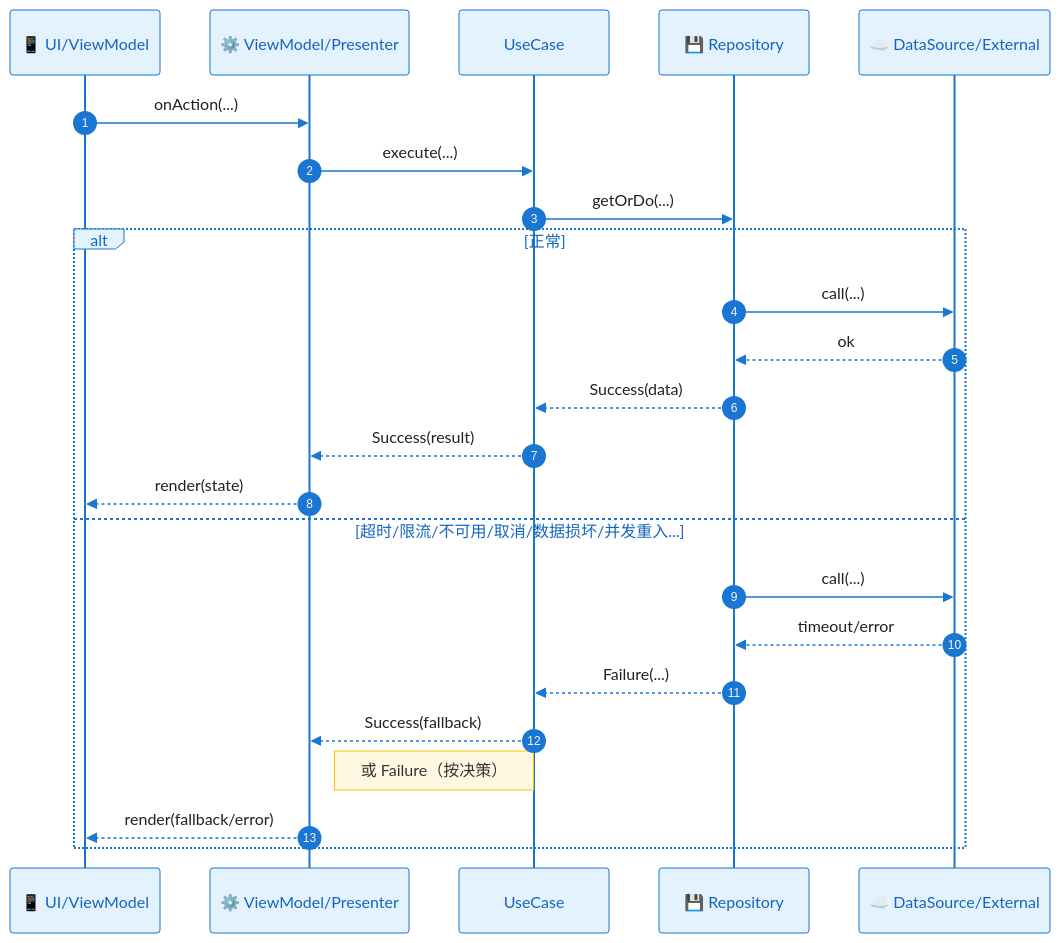
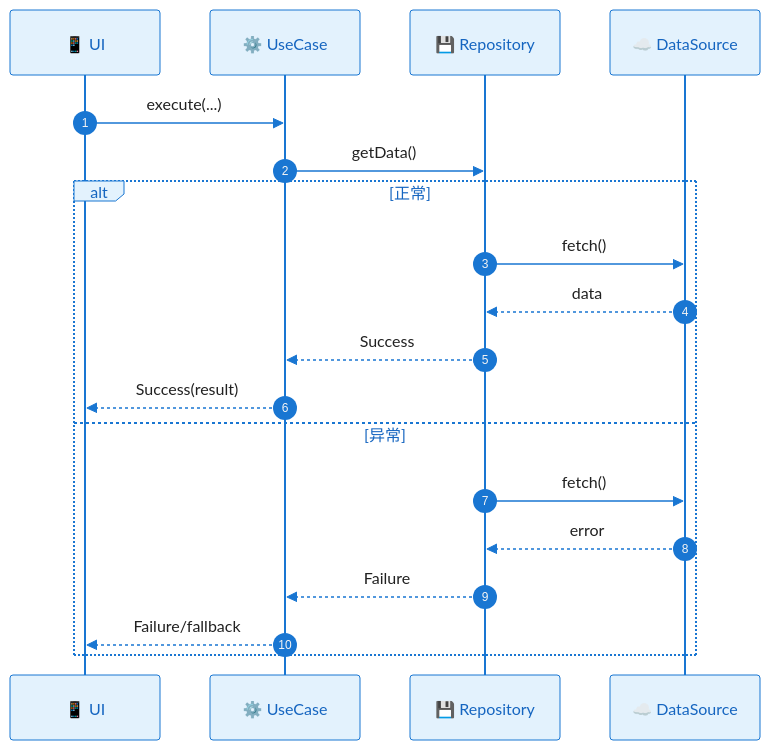
One commit to jackykarma/Verity changed diagram 11 of 11 in .specify/templates/plan-template.md. Above: the diagram before and after it, drawn with Mermaid. The commit also changed other lines of this file and 9 other files, not shown here.

````diff
--- a/.specify/templates/plan-template.md
+++ b/.specify/templates/plan-template.md
@@ -869,30 +849,25 @@
 ```mermaid
 %%{init: {'theme': 'base', 'themeVariables': { 'actorBkg': '#E3F2FD', 'actorBorder': '#1976D2', 'actorTextColor': '#1565C0', 'signalColor': '#1976D2', 'signalTextColor': '#212121', 'noteBkgColor': '#FFF8E1', 'noteBorderColor': '#FFC107'}}}%%
 sequenceDiagram
     autonumber
     
-    participant UI as 📱 UI/ViewModel
-    participant VM as ⚙️ ViewModel/Presenter
-    participant UC as UseCase
+    participant UI as 📱 UI
+    participant UC as ⚙️ UseCase
     participant Repo as 💾 Repository
-    participant DS as ☁️ DataSource/External
+    participant DS as ☁️ DataSource
 
-    UI->>VM: onAction(...)
-    VM->>UC: execute(...)
-    UC->>Repo: getOrDo(...)
+    UI->>UC: execute(...)
+    UC->>Repo: getData()
     
     alt 正常
-        Repo->>DS: call(...)
-        DS-->>Repo: ok
-        Repo-->>UC: Success(data)
-        UC-->>VM: Success(result)
-        VM-->>UI: render(state)
-    else 超时/限流/不可用/取消/数据损坏/并发重入...
-        Repo->>DS: call(...)
-        DS-->>Repo: timeout/error
-        Repo-->>UC: Failure(...)
-        UC-->>VM: Success(fallback)
-        Note right of VM: 或 Failure（按决策）
-        VM-->>UI: render(fallback/error)
+        Repo->>DS: fetch()
+        DS-->>Repo: data
+        Repo-->>UC: Success
+        UC-->>UI: Success(result)
+    else 异常
+        Repo->>DS: fetch()
+        DS-->>Repo: error
+        Repo-->>UC: Failure
+        UC-->>UI: Failure/fallback
     end
 ```
````
